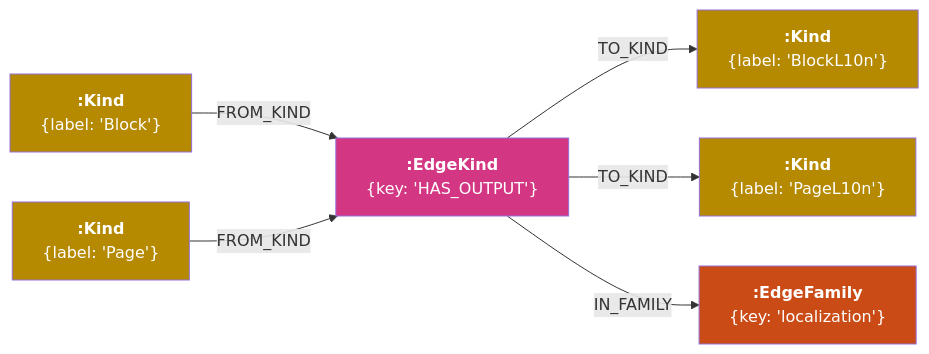
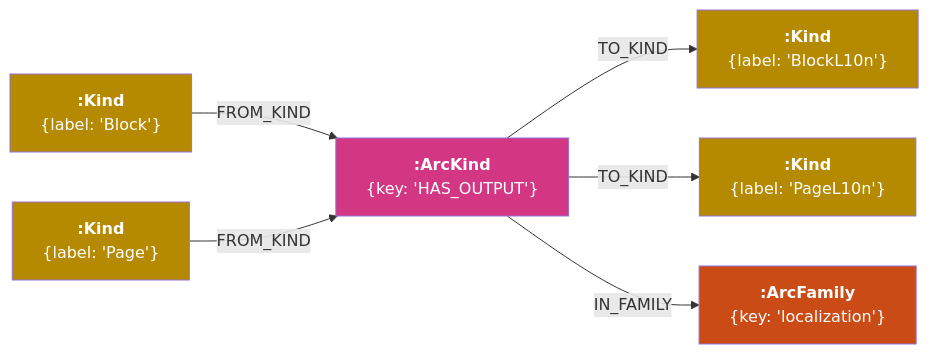
One commit to supernovae-st/novanet changed the fifth of 8 diagrams in docs/ONTOLOGY-V9.md. Above: the diagram before and after it, drawn with Mermaid. The commit also changed other lines of this file and 52 other files, not shown here.

First line of the commit message:
refactor: v9.5 nomenclature cleanup (Edge→Arc, Relations→Arcs)

````diff
--- a/docs/ONTOLOGY-V9.md
+++ b/docs/ONTOLOGY-V9.md
@@ -655,23 +655,23 @@
 ```mermaid
 flowchart LR
-  EK["<b>:EdgeKind</b>\n{key: 'HAS_OUTPUT'}"]
+  EK["<b>:ArcKind</b>\n{key: 'HAS_OUTPUT'}"]
 
   K1["<b>:Kind</b>\n{label: 'Block'}"]
   K2["<b>:Kind</b>\n{label: 'Page'}"]
   K3["<b>:Kind</b>\n{label: 'BlockL10n'}"]
   K4["<b>:Kind</b>\n{label: 'PageL10n'}"]
-  EF["<b>:EdgeFamily</b>\n{key: 'localization'}"]
+  EF["<b>:ArcFamily</b>\n{key: 'localization'}"]
 
   K1 -->|FROM_KIND| EK
   K2 -->|FROM_KIND| EK
   EK -->|TO_KIND| K3
   EK -->|TO_KIND| K4
   EK -->|IN_FAMILY| EF
 
   style EK fill:#d33682,color:#fff
   style K1 fill:#b58900,color:#fff
   style K2 fill:#b58900,color:#fff
   style K3 fill:#b58900,color:#fff
   style K4 fill:#b58900,color:#fff
   style EF fill:#cb4b16,color:#fff
 ```
````
